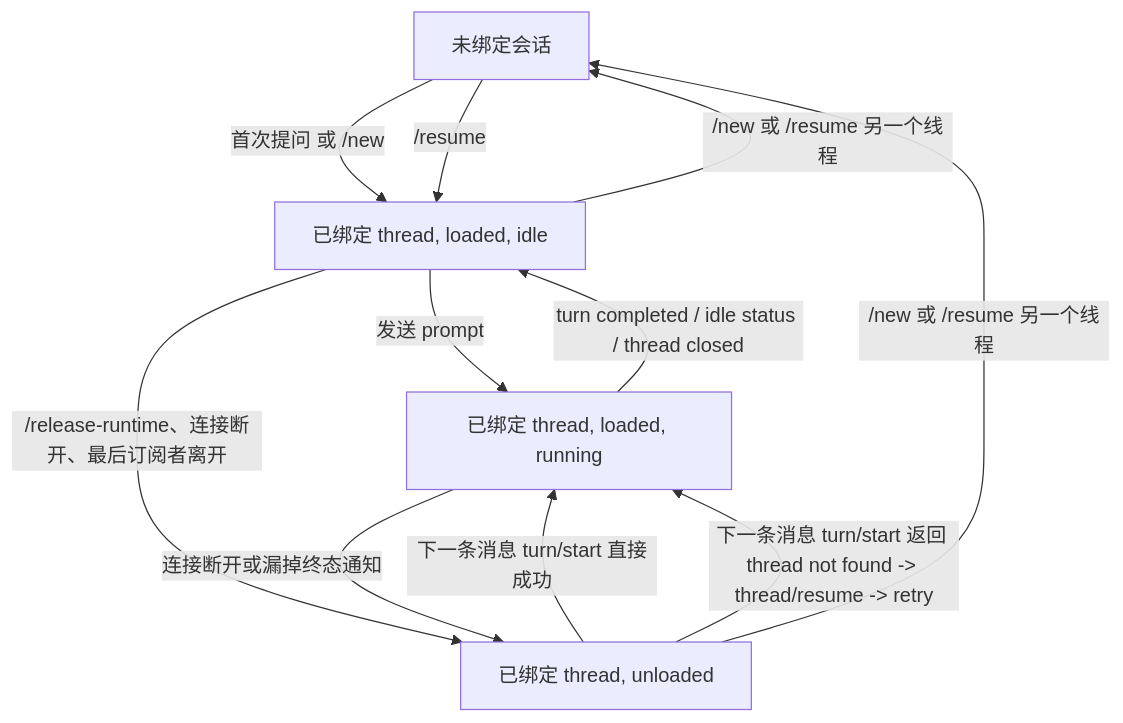
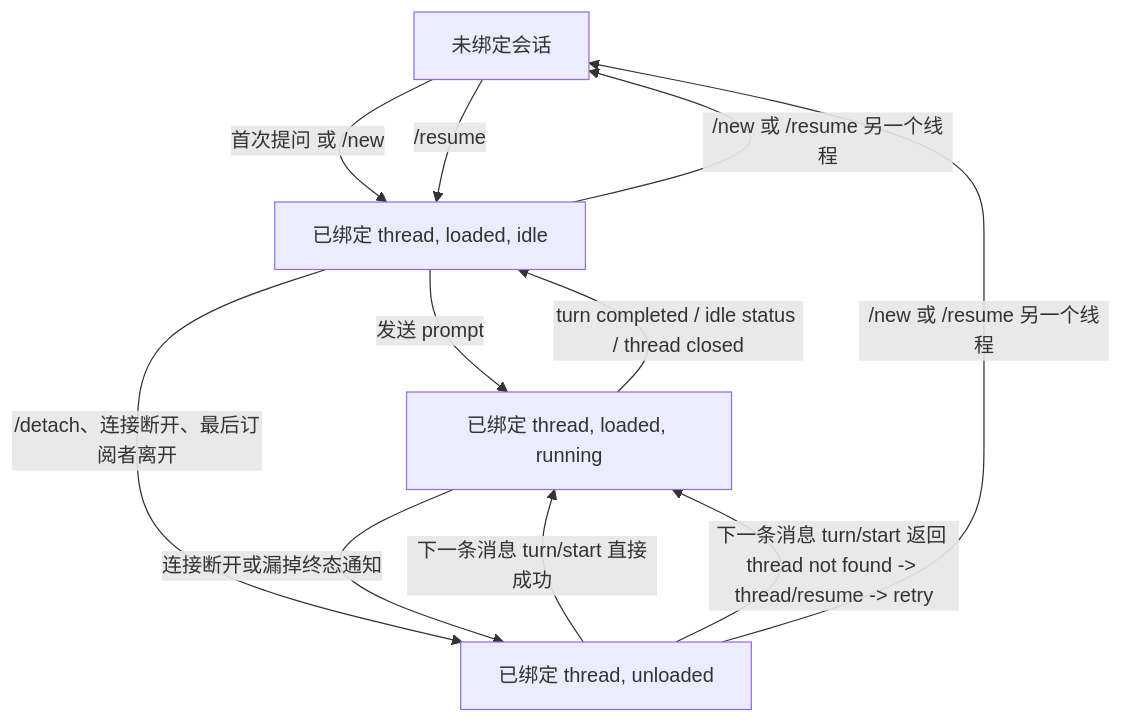
One commit to ZichaoLong/focus changed the diagram in docs/contracts/feishu-thread-lifecycle.zh-CN.md. Above: the diagram before and after it, drawn with Mermaid. The commit also changed other lines of this file and 34 other files, not shown here.

Commit message:
Unify runtime controls around attach and detach

````diff
--- a/docs/contracts/feishu-thread-lifecycle.zh-CN.md
+++ b/docs/contracts/feishu-thread-lifecycle.zh-CN.md
@@ -69,17 +68,17 @@
 ```mermaid
 flowchart TD
     A[未绑定会话] -->|首次提问 或 /new| B[已绑定 thread, loaded, idle]
     A -->|/resume <thread>| B
 
     B -->|发送 prompt| C[已绑定 thread, loaded, running]
     C -->|turn completed / idle status / thread closed| B
 
-    B -->|/release-runtime、连接断开、最后订阅者离开| D[已绑定 thread, unloaded]
+    B -->|/detach、连接断开、最后订阅者离开| D[已绑定 thread, unloaded]
     C -->|连接断开或漏掉终态通知| D
 
     D -->|下一条消息 turn/start 直接成功| C
     D -->|下一条消息 turn/start 返回 thread not found -> thread/resume -> retry| C
 
     B -->|/new 或 /resume 另一个线程| A
     D -->|/new 或 /resume 另一个线程| A
 ```
````
